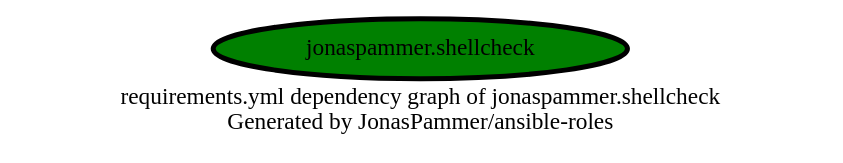
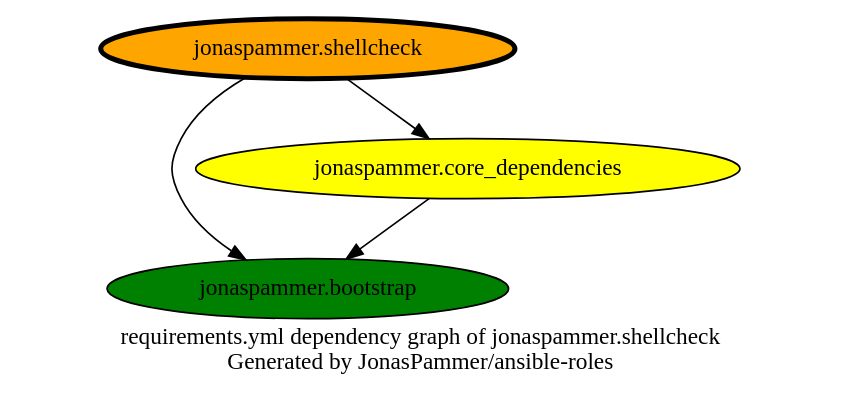
Before and after one commit to JonasPammer/ansible-roles: the diagram in graphs/dependencies_shellcheck.dot, drawn with Graphviz. The commit also changed 42 other files, not shown here.

```diff
--- a/graphs/dependencies_shellcheck.dot
+++ b/graphs/dependencies_shellcheck.dot
@@ -1,10 +1,15 @@
+// This file is generated from `templates/dependencies_single.adoc.jinja2` by Github CI, all local changes will be lost eventually.
 digraph hierarchy {
   label = "requirements.yml dependency graph of jonaspammer.shellcheck \n Generated by JonasPammer/ansible-roles" ;
   overlap=false
 
   {
-    "jonaspammer.shellcheck" [fillcolor=green style=filled penwidth=3]
+    "jonaspammer.shellcheck" [fillcolor=orange style=filled penwidth=3]
+    "jonaspammer.bootstrap" [fillcolor=green style=filled ]
+    "jonaspammer.core_dependencies" [fillcolor=yellow style=filled ]
   }
 
 
+  "jonaspammer.shellcheck" -> {"jonaspammer.bootstrap" "jonaspammer.core_dependencies"}
+  "jonaspammer.core_dependencies" -> {"jonaspammer.bootstrap"}
 }
```
